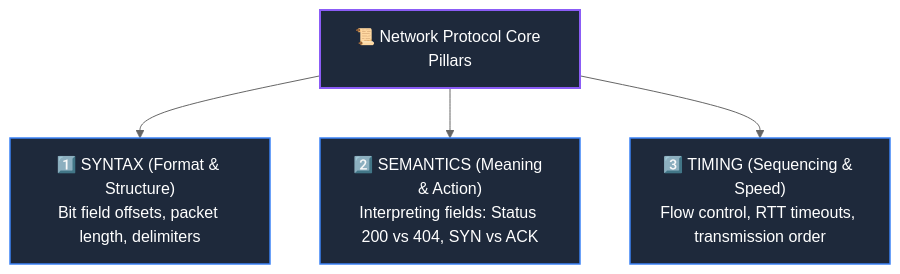
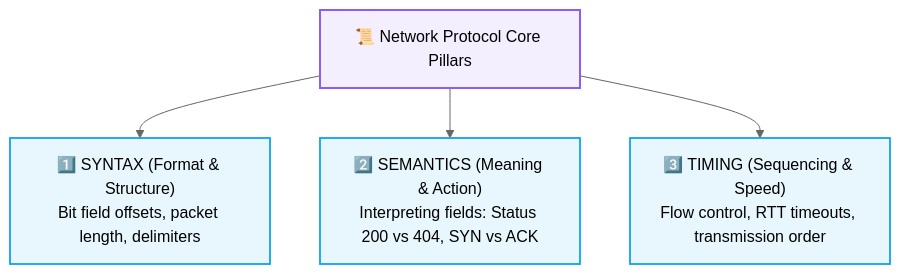
The first of 2 diagrams in Computer Networking/Network Protocols and Standards.md (abhinavbharti2345/CS_Notes), drawn with Mermaid (neutral theme) before and after one commit. The commit also changed other lines of this file and 47 other files, not shown here.

Commit message:
docs: add computer science study notes and generate graphify visualization output

````diff
--- a/Computer Networking/Network Protocols and Standards.md
+++ b/Computer Networking/Network Protocols and Standards.md
@@ -43,13 +43,13 @@
 ```mermaid
 flowchart TD
     Protocol["📜 Network Protocol Core Pillars"]
     
     Protocol --> P1["1️⃣ SYNTAX (Format & Structure)<br/>Bit field offsets, packet length, delimiters"]
     Protocol --> P2["2️⃣ SEMANTICS (Meaning & Action)<br/>Interpreting fields: Status 200 vs 404, SYN vs ACK"]
     Protocol --> P3["3️⃣ TIMING (Sequencing & Speed)<br/>Flow control, RTT timeouts, transmission order"]
 
-    classDef proto fill:#1e293b,stroke:#8b5cf6,stroke-width:2px,color:#fff;
-    classDef branch fill:#1e293b,stroke:#3b82f6,stroke-width:1.5px,color:#fff;
+    classDef proto fill:#8b5cf618,stroke:#8b5cf6,stroke-width:2px;
+    classDef branch fill:#0ea5e918,stroke:#0ea5e9,stroke-width:1.8px;
     class Protocol proto;
     class P1,P2,P3 branch;
 ```
````
